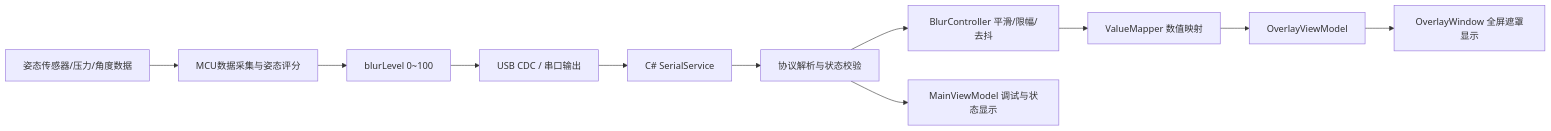
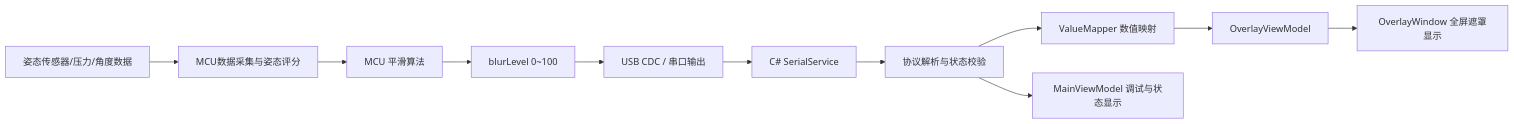
Before and after one commit to STU-MS/SitRight: the first of 5 diagrams in docs/坐姿矫正仪开发计划.md, drawn with Mermaid. The commit also changed other lines of this file and 4 other files, not shown here.

First line of the commit message:
docs(plans): 将平滑算法移至硬件端，移除 BlurController 设计

````diff
--- a/docs/坐姿矫正仪开发计划.md
+++ b/docs/坐姿矫正仪开发计划.md
@@ -21,13 +21,13 @@
 ```mermaid
 graph LR
     A[姿态传感器/压力/角度数据] --> B[MCU数据采集与姿态评分]
-    B --> C[blurLevel 0~100]
-    C --> D[USB CDC / 串口输出]
-    D --> E[C# SerialService]
-    E --> F[协议解析与状态校验]
-    F --> G[BlurController 平滑/限幅/去抖]
+    B --> C[MCU 平滑算法]
+    C --> D[blurLevel 0~100]
+    D --> E[USB CDC / 串口输出]
+    E --> F[C# SerialService]
+    F --> G[协议解析与状态校验]
     G --> H[ValueMapper 数值映射]
     H --> I[OverlayViewModel]
     I --> J[OverlayWindow 全屏遮罩显示]
-    F --> K[MainViewModel 调试与状态显示]
+    G --> K[MainViewModel 调试与状态显示]
 ```
````
